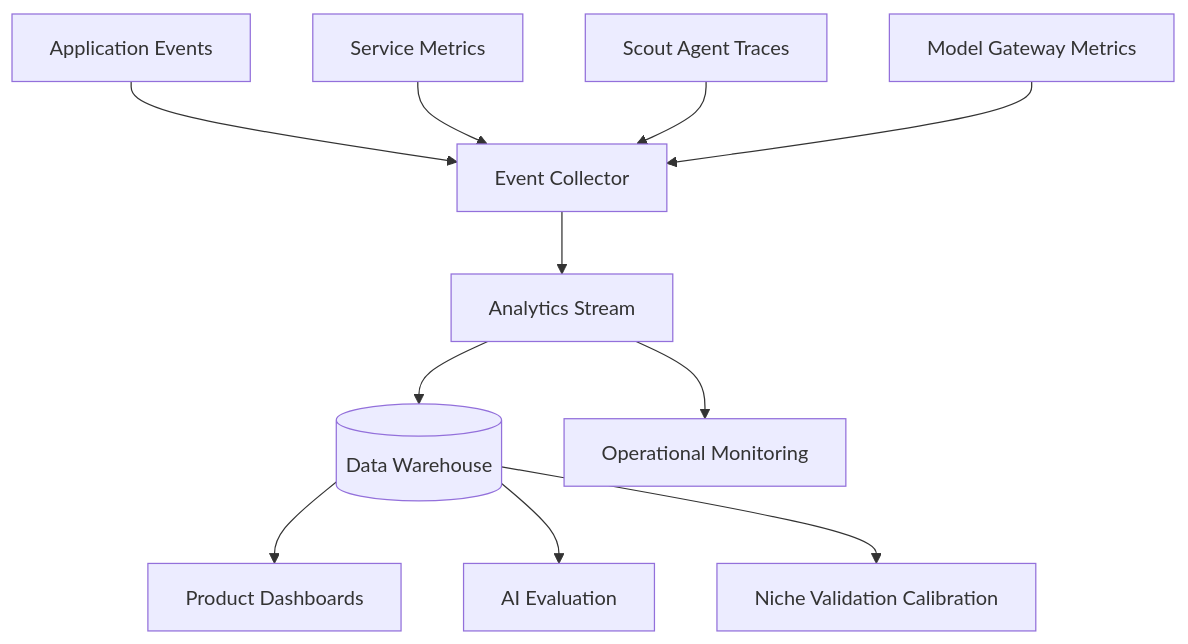
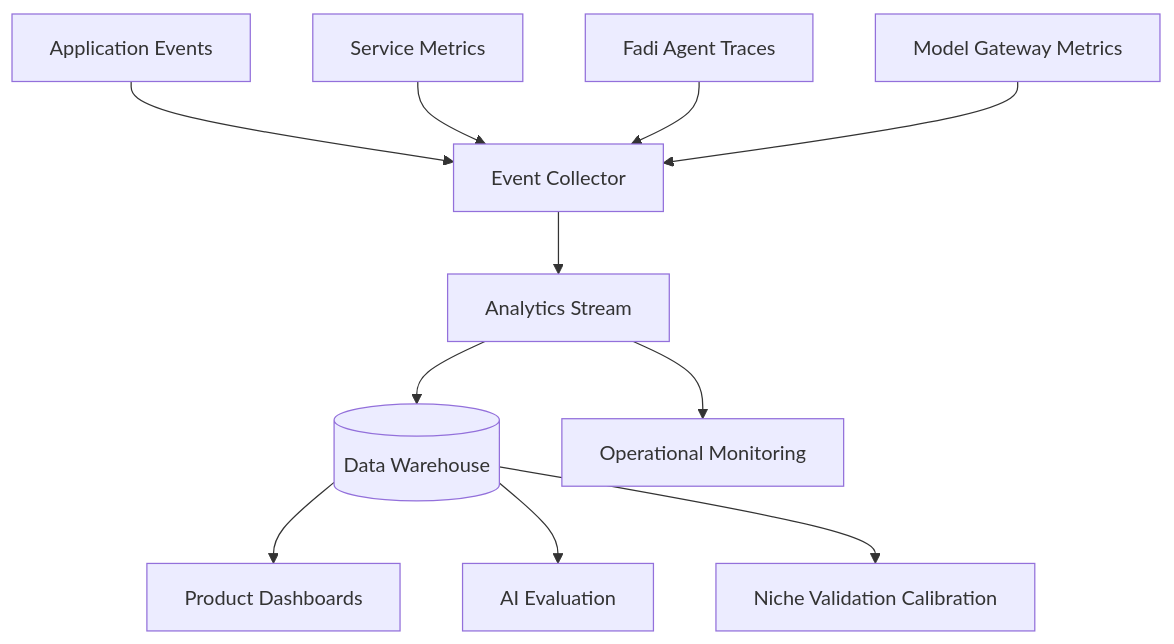
Before and after one commit to Mirzzie/Fadi: the diagram in docs/ANALYTICS_AND_TELEMETRY.md, drawn with Mermaid. The commit also changed other lines of this file and 158 other files, not shown here.

First line of the commit message:
refactor!: rename agent Scout→Fadi and brand CareerOS→FadiOS

````diff
--- a/docs/ANALYTICS_AND_TELEMETRY.md
+++ b/docs/ANALYTICS_AND_TELEMETRY.md
@@ -20,13 +20,13 @@
 ```mermaid
 flowchart TD
     App[Application Events] --> Collector[Event Collector]
     Services[Service Metrics] --> Collector
-    Agent[Scout Agent Traces] --> Collector
+    Agent[Fadi Agent Traces] --> Collector
     Gateway[Model Gateway Metrics] --> Collector
     Collector --> Stream[Analytics Stream]
     Stream --> Warehouse[(Data Warehouse)]
     Stream --> Monitoring[Operational Monitoring]
     Warehouse --> Dashboards[Product Dashboards]
     Warehouse --> Evaluation[AI Evaluation]
     Warehouse --> NicheCalibration[Niche Validation Calibration]
 ```
````
